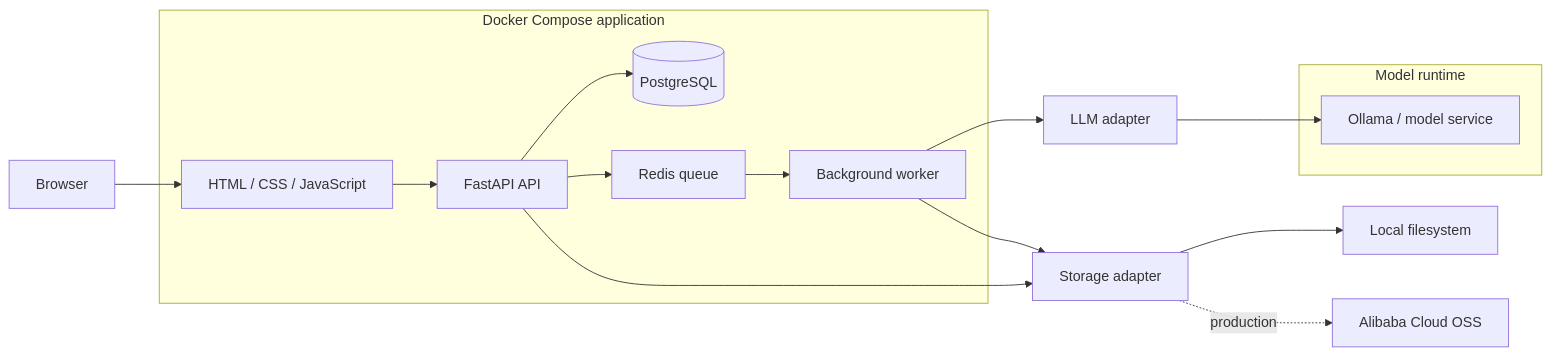
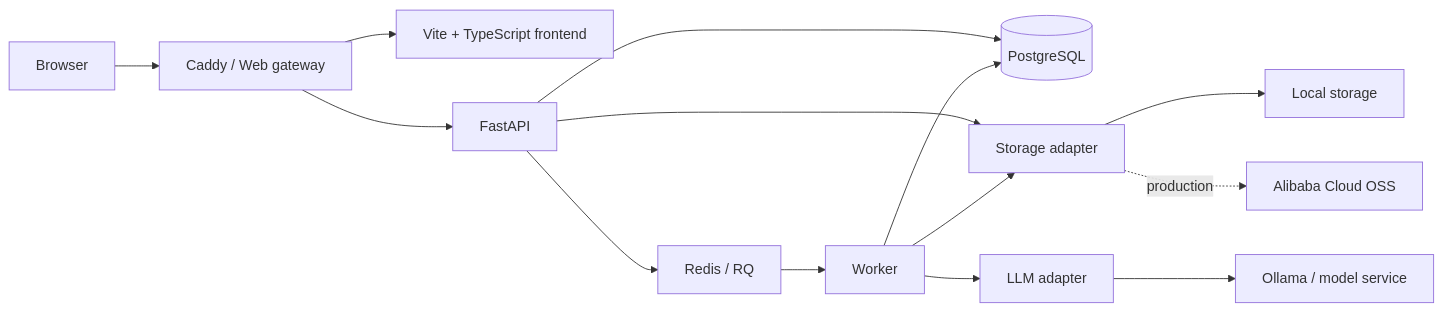
The diagram in README.md (Archangel-he/local-llm-wiki), drawn with Mermaid before and after one commit. The commit also changed other lines of this file and 13 other files, not shown here.

Commit message:
docs: add implementation roadmap and workflow design

````diff
--- a/README.md
+++ b/README.md
@@ -66,28 +52,18 @@
 ```mermaid
 flowchart LR
-    U["Browser"] --> F["HTML / CSS / JavaScript"]
-    F --> A["FastAPI API"]
+    U["Browser"] --> G["Caddy / Web gateway"]
+    G --> F["Vite + TypeScript frontend"]
+    G --> A["FastAPI"]
 
     A --> P[("PostgreSQL")]
-    A --> Q["Redis queue"]
+    A --> Q["Redis / RQ"]
     A --> S["Storage adapter"]
-    Q --> W["Background worker"]
+    Q --> W["Worker"]
+    W --> P
+    W --> S
     W --> L["LLM adapter"]
-    W --> S
     L --> O["Ollama / model service"]
 
-    S --> FS["Local filesystem"]
+    S --> FS["Local storage"]
     S -. "production" .-> OSS["Alibaba Cloud OSS"]
-
-    subgraph APP["Docker Compose application"]
-        F
-        A
-        P
-        Q
-        W
-    end
-
-    subgraph MODEL["Model runtime"]
-        O
-    end
 ```
````
